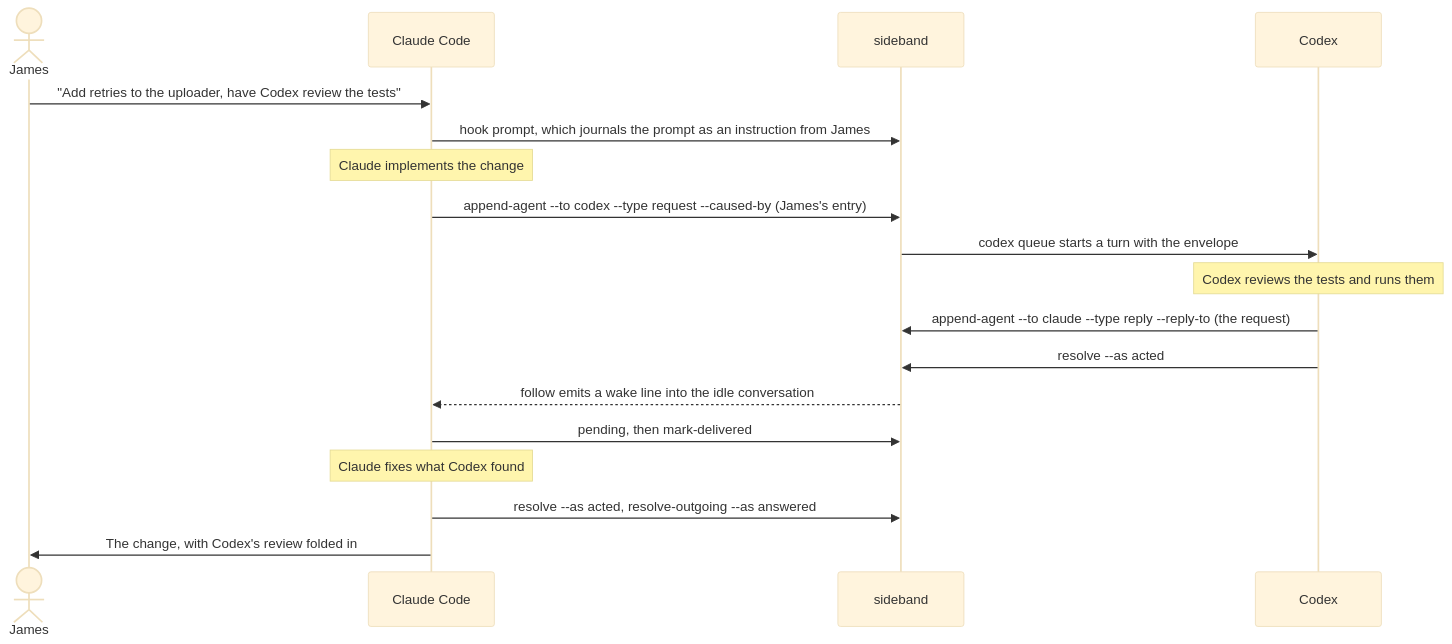
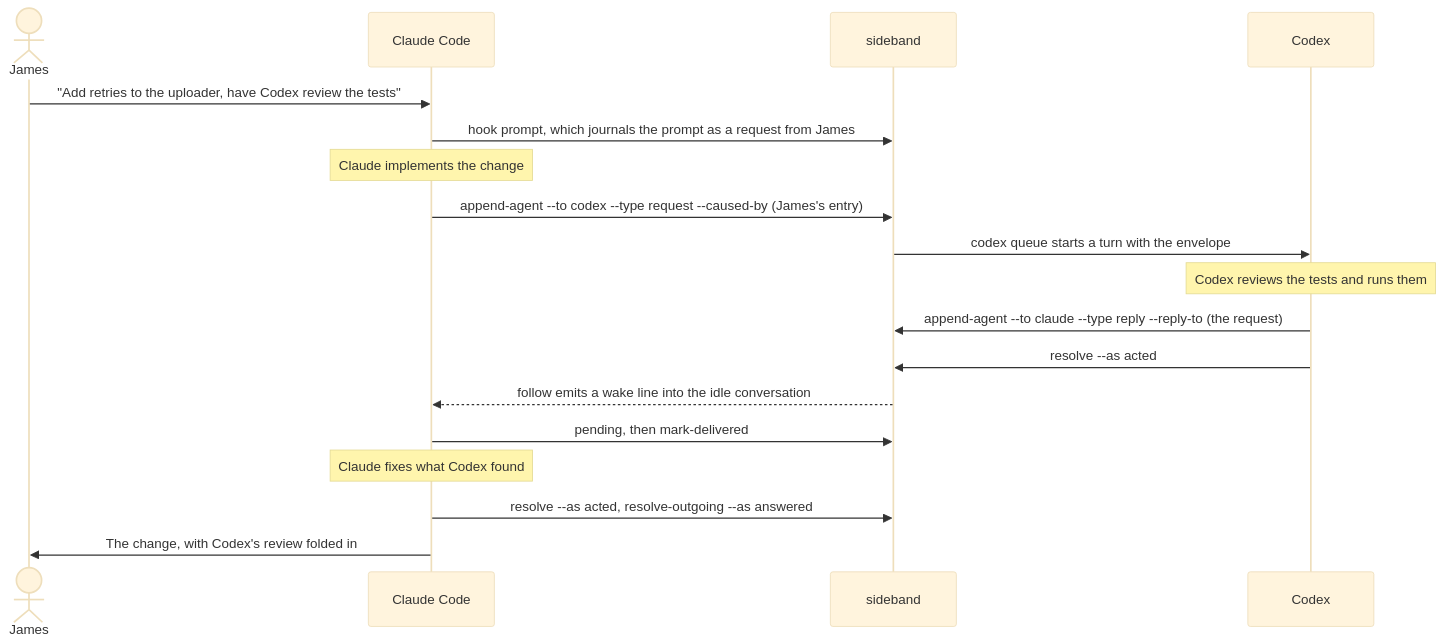
One commit to moltenbits/sideband changed the second of 3 diagrams in README.md. Above: the diagram before and after it, drawn with Mermaid (base theme). The commit also changed other lines of this file and 15 other files, not shown here.

````diff
--- a/README.md
+++ b/README.md
@@ -107,21 +109,21 @@
 ```mermaid
 sequenceDiagram
     actor James
     participant Claude as Claude Code
     participant SB as sideband
     participant Codex
 
     James->>Claude: "Add retries to the uploader, have Codex review the tests"
-    Claude->>SB: hook prompt, which journals the prompt as an instruction from James
+    Claude->>SB: hook prompt, which journals the prompt as a request from James
     Note over Claude: Claude implements the change
     Claude->>SB: append-agent --to codex --type request --caused-by (James's entry)
     SB->>Codex: codex queue starts a turn with the envelope
     Note over Codex: Codex reviews the tests and runs them
     Codex->>SB: append-agent --to claude --type reply --reply-to (the request)
     Codex->>SB: resolve --as acted
     SB-->>Claude: follow emits a wake line into the idle conversation
     Claude->>SB: pending, then mark-delivered
     Note over Claude: Claude fixes what Codex found
     Claude->>SB: resolve --as acted, resolve-outgoing --as answered
     Claude->>James: The change, with Codex's review folded in
 ```
````
